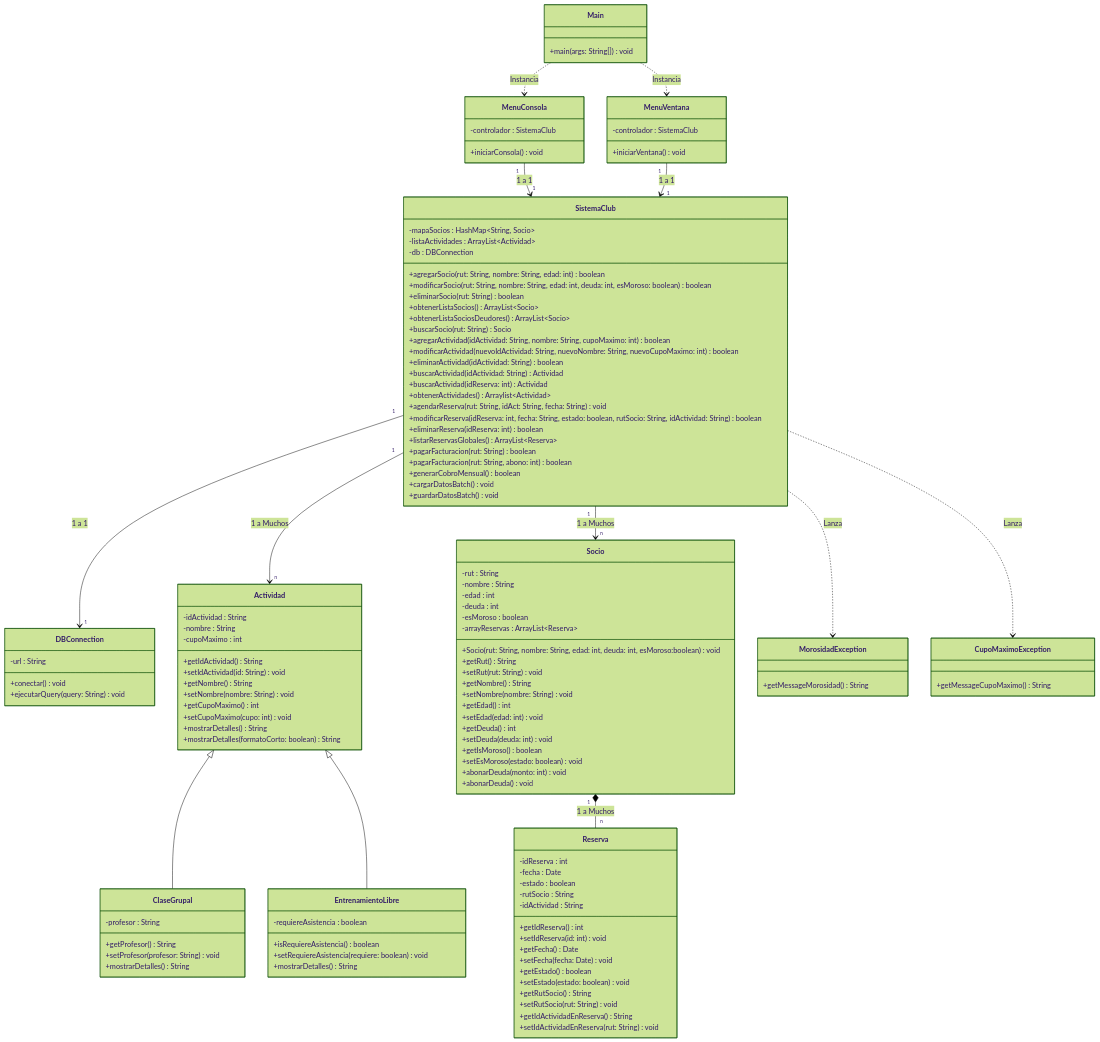
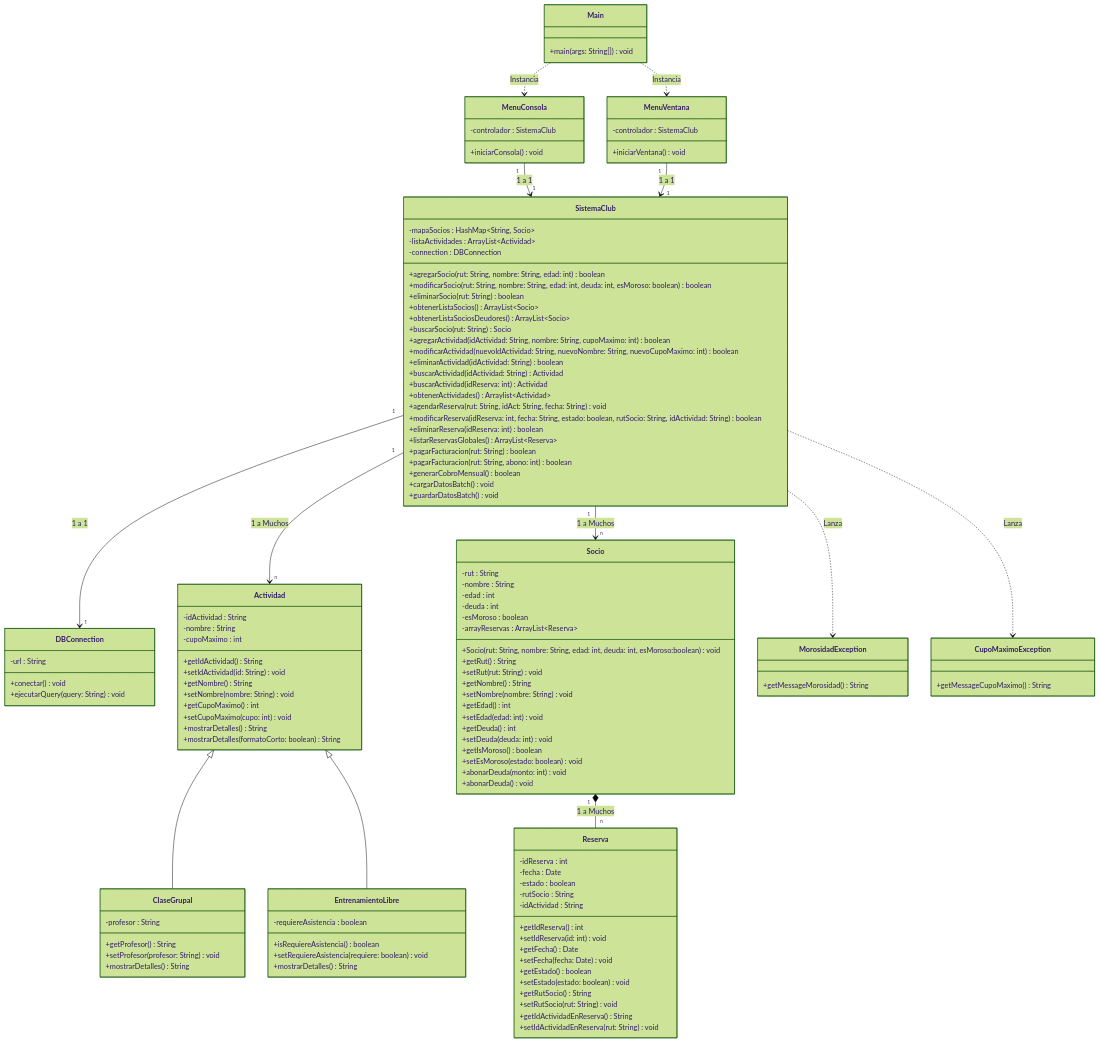
One commit to L3v1smpr/ProyectoProgramacionAvanzadaUno changed the diagram in planificacion/Diagrama de Clases UML.md. Above: the diagram before and after it, drawn with Mermaid (forest theme). The commit also changed 1 other file, not shown here.

Commit message:
Corrección en Socio.java, constructor con valor de retorno [void], actualmente sin especificar (correcto).

```diff
--- a/planificacion/Diagrama de Clases UML.md
+++ b/planificacion/Diagrama de Clases UML.md
@@ -20,7 +20,7 @@
     class SistemaClub {
         -mapaSocios : HashMap~String, Socio~
         -listaActividades : ArrayList~Actividad~
-        -db : DBConnection
+        -connection : DBConnection
         +agregarSocio(rut: String, nombre: String, edad: int) boolean
 	   +modificarSocio(rut: String, nombre: String, edad: int, deuda: int, esMoroso: boolean) boolean
 	   +eliminarSocio(rut: String) boolean
```
